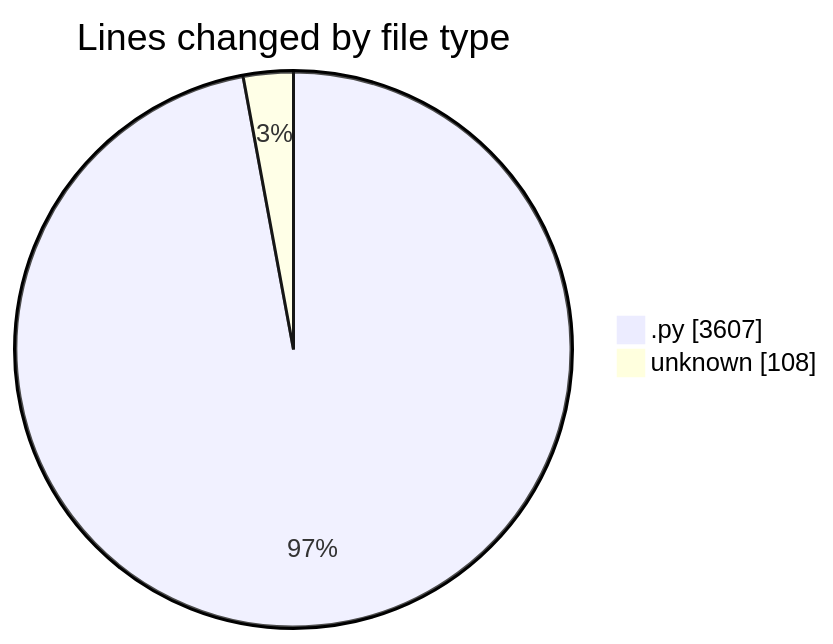
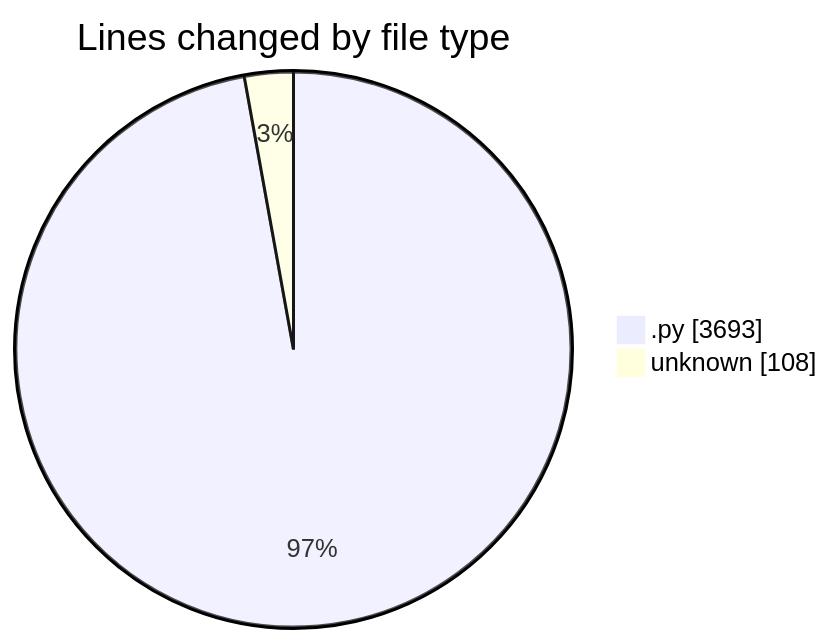
Before and after one commit to julien-gomy/code-tracking: the first of 2 diagrams in 2025-11-21/eventscop-api-guide__workspace_/README.md, drawn with Mermaid. The commit also changed other lines of this file and 1 other file, not shown here.

````diff
--- a/2025-11-21/eventscop-api-guide__workspace_/README.md
+++ b/2025-11-21/eventscop-api-guide__workspace_/README.md
@@ -38,6 +39,6 @@
 ```mermaid
 pie showData
 title Lines changed by file type
-".py" : 3607
+".py" : 3693
 "unknown" : 108
 ```
````
